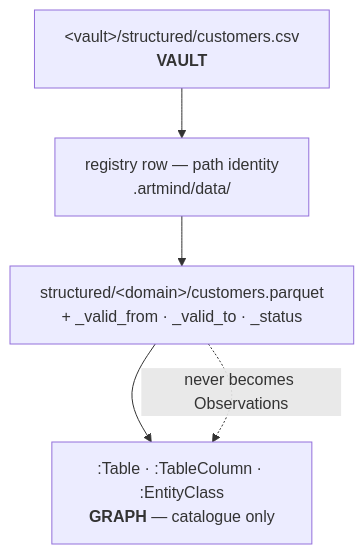
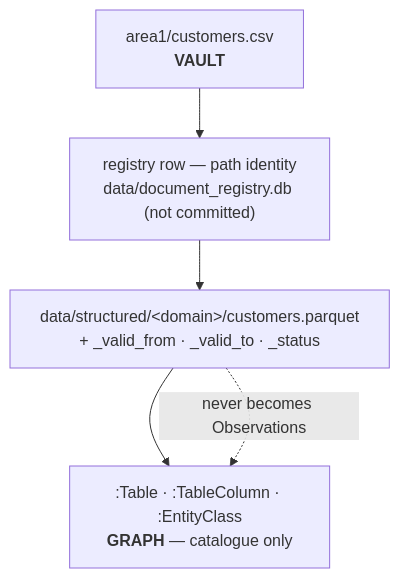
One commit to neurongraph/artmind9 changed the third of 3 diagrams in docs/stores-and-repos.md. Above: the diagram before and after it, drawn with Mermaid. The commit also changed other lines of this file and 3 other files, not shown here.

````diff
--- a/docs/stores-and-repos.md
+++ b/docs/stores-and-repos.md
@@ -152,10 +181,10 @@
 ```mermaid
 flowchart TD
-    C["&lt;vault&gt;/structured/customers.csv<br/><b>VAULT</b>"]
-    R["registry row — path identity<br/>.artmind/data/"]
-    PQ["structured/&lt;domain&gt;/customers.parquet<br/>+ _valid_from · _valid_to · _status"]
+    C["area1/customers.csv<br/><b>VAULT</b>"]
+    R["registry row — path identity<br/>data/document_registry.db (not committed)"]
+    PQ["data/structured/&lt;domain&gt;/customers.parquet<br/>+ _valid_from · _valid_to · _status"]
     CAT[":Table · :TableColumn · :EntityClass<br/><b>GRAPH</b> — catalogue only"]
 
     C --> R --> PQ --> CAT
     PQ -.->|never becomes Observations| CAT
 ```
````
